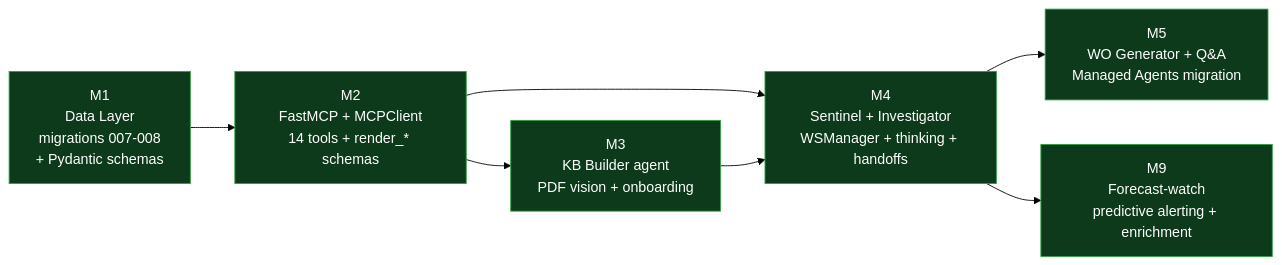
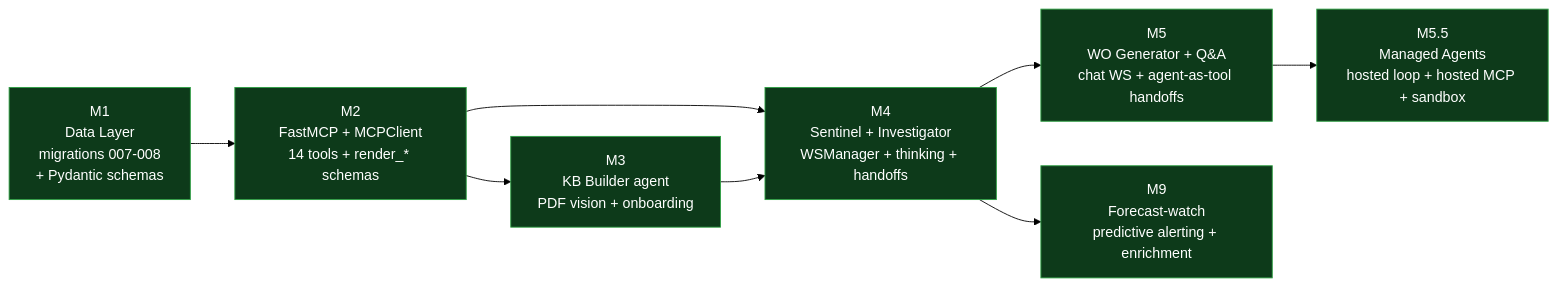
One commit to zestones/Aria changed the second of 2 diagrams in docs/architecture/README.md. Above: the diagram before and after it, drawn with Mermaid (forest theme). The commit also changed other lines of this file and 9 other files, not shown here.

````diff
--- a/docs/architecture/README.md
+++ b/docs/architecture/README.md
@@ -127,19 +130,21 @@
 ```mermaid
 flowchart LR
     M1["M1<br/>Data Layer<br/>migrations 007-008<br/>+ Pydantic schemas"]
     M2["M2<br/>FastMCP + MCPClient<br/>14 tools + render_* schemas"]
     M3["M3<br/>KB Builder agent<br/>PDF vision + onboarding"]
     M4["M4<br/>Sentinel + Investigator<br/>WSManager + thinking + handoffs"]
-    M5["M5<br/>WO Generator + Q&A<br/>Managed Agents migration"]
+    M5["M5<br/>WO Generator + Q&A<br/>chat WS + agent-as-tool handoffs"]
+    M55["M5.5<br/>Managed Agents<br/>hosted loop + hosted MCP + sandbox"]
     M9["M9<br/>Forecast-watch<br/>predictive alerting + enrichment"]
 
     M1 --> M2
     M2 --> M3
     M2 --> M4
     M3 --> M4
     M4 --> M5
+    M5 --> M55
     M4 --> M9
 
     classDef done fill:#0d3a1a,stroke:#2ea043,color:#fff
-    class M1,M2,M3,M4,M5,M9 done
+    class M1,M2,M3,M4,M5,M55,M9 done
 ```
````
